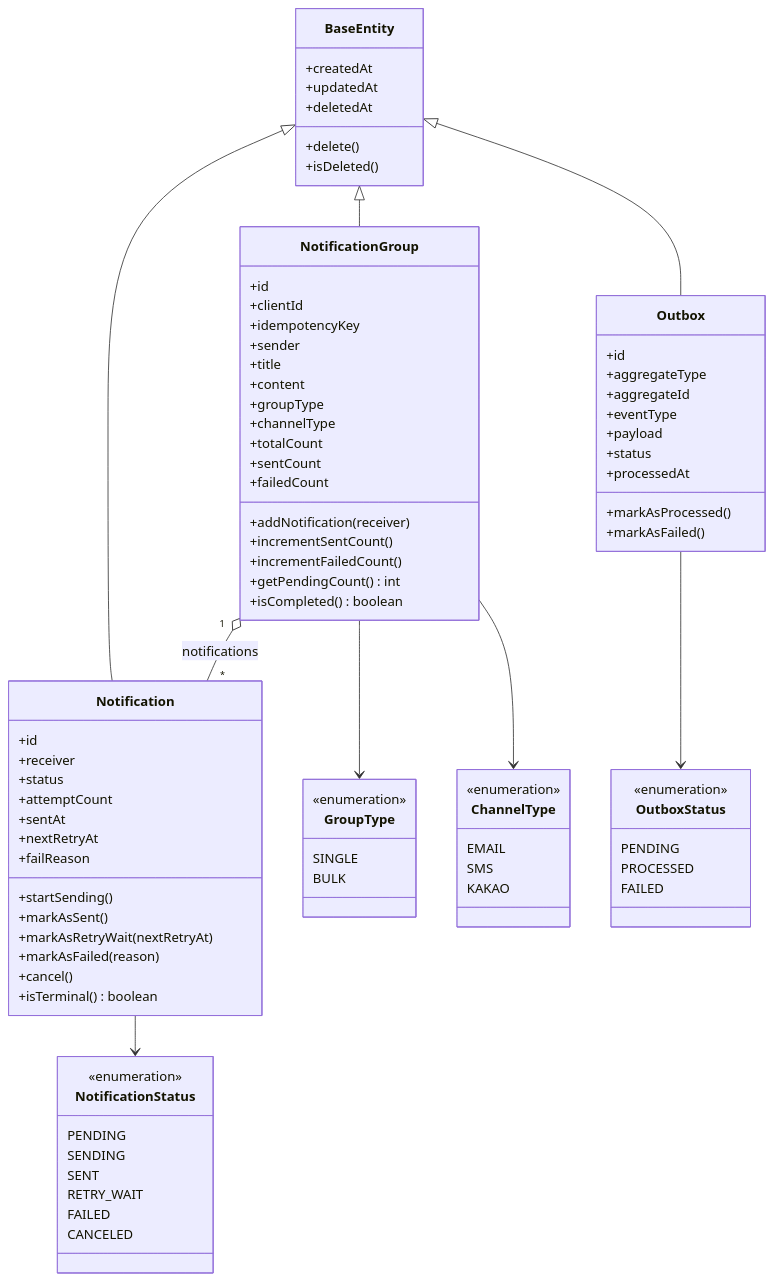
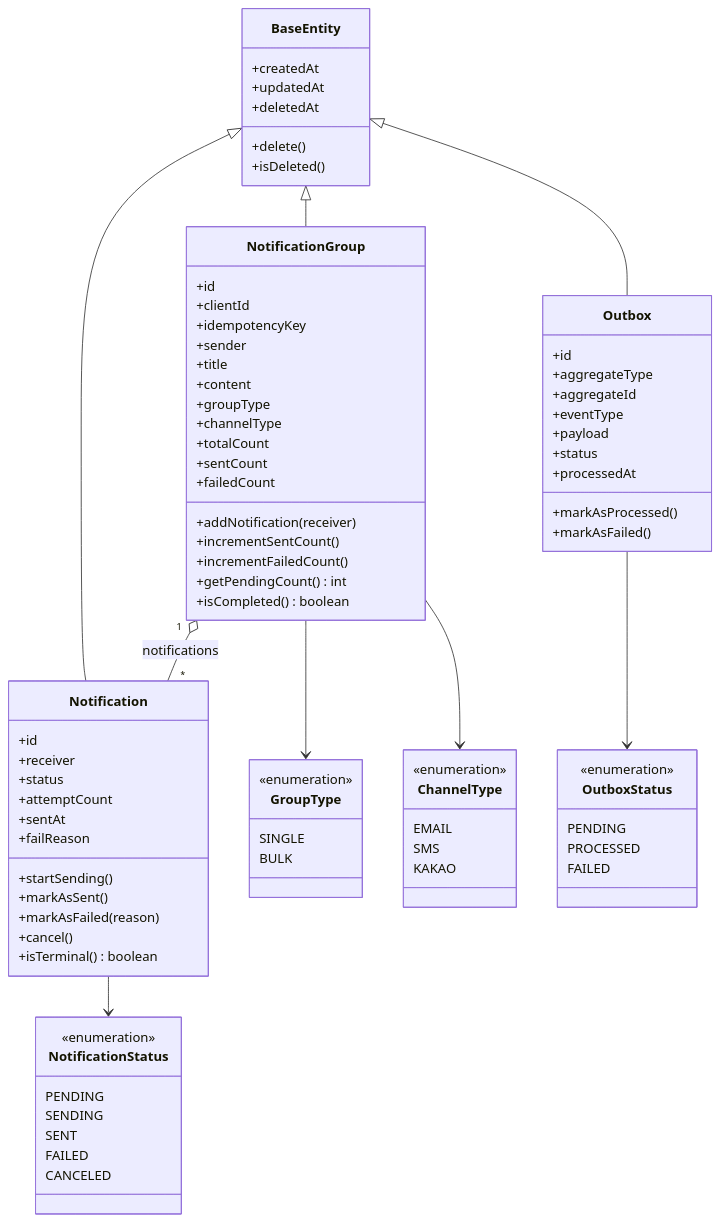
Before and after one commit to yht0827/notification-dispatcher: the second of 4 diagrams in docs/03-class-diagrams.md, drawn with Mermaid. The commit also changed 7 other files, not shown here.

Commit message:
chore: RETRY_WAIT 제거 및 Notification-Resiliency 플로우 단순화, Outbox 스키마와 enum 매핑 추가

```diff
--- a/docs/03-class-diagrams.md
+++ b/docs/03-class-diagrams.md
@@ -124,11 +124,9 @@
       +status
       +attemptCount
       +sentAt
-      +nextRetryAt
       +failReason
       +startSending()
       +markAsSent()
-      +markAsRetryWait(nextRetryAt)
       +markAsFailed(reason)
       +cancel()
       +isTerminal() boolean
@@ -151,7 +149,6 @@
       PENDING
       SENDING
       SENT
-      RETRY_WAIT
       FAILED
       CANCELED
     }
```
